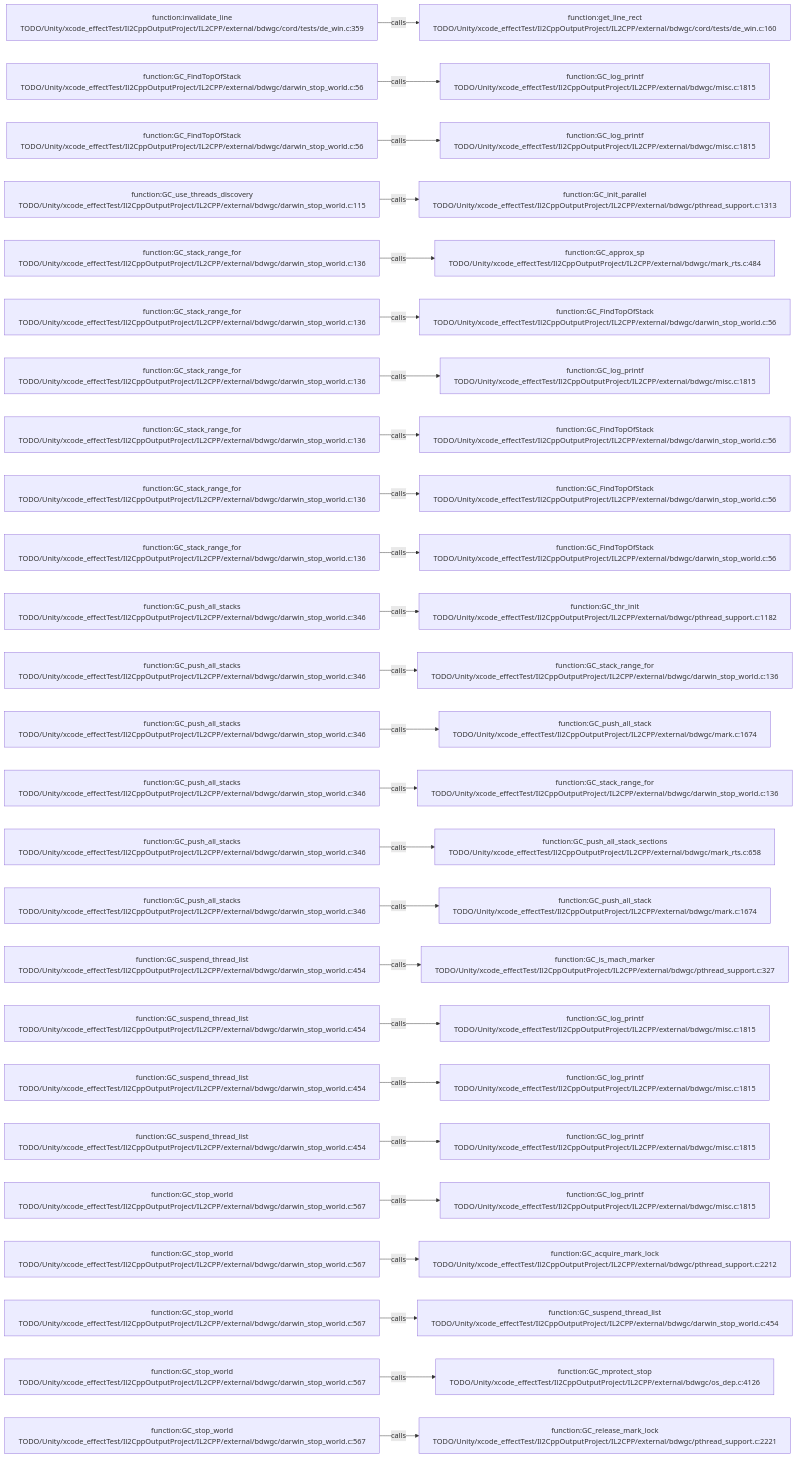
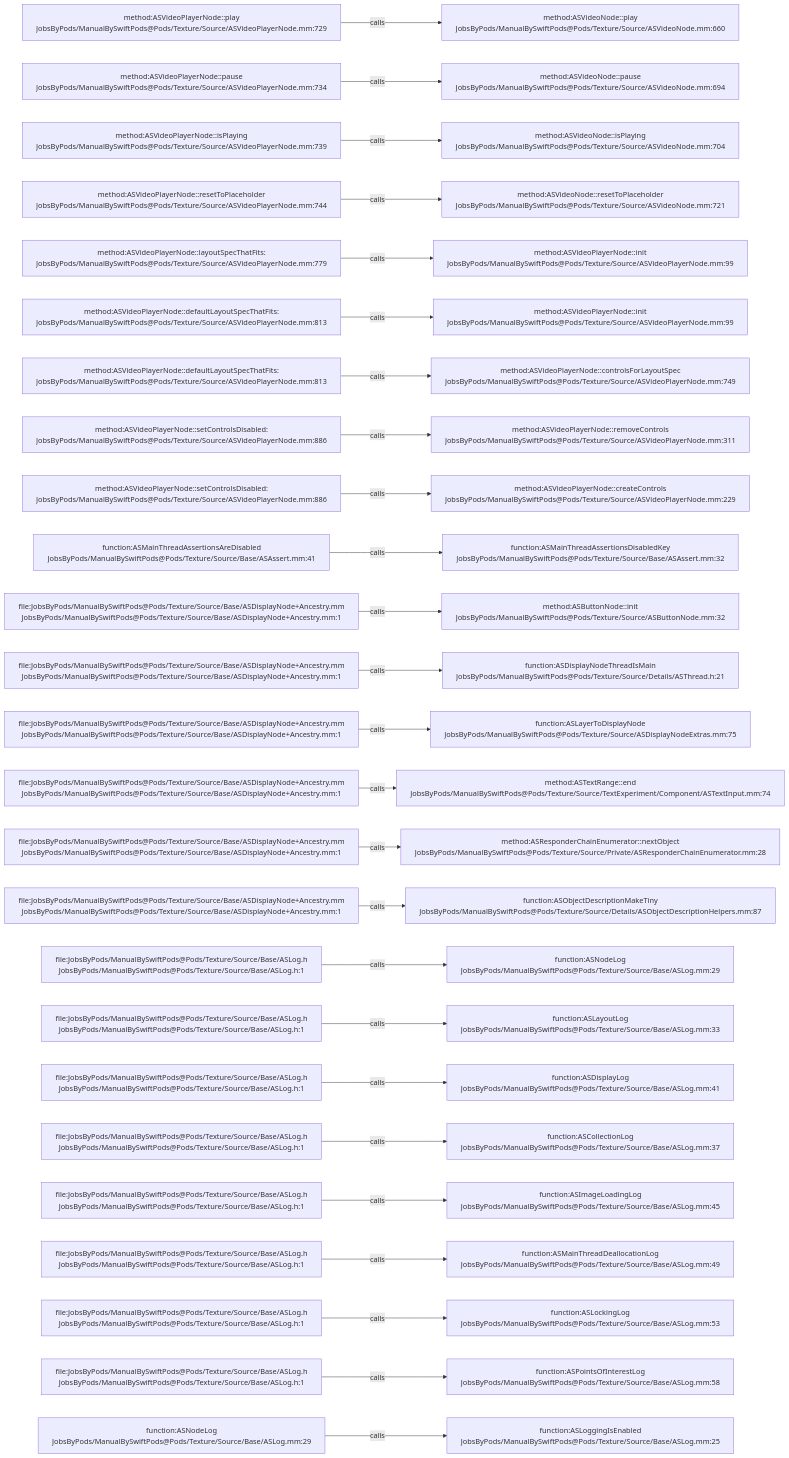
One commit to JobsKits/JobsSwiftBaseConfigDemo changed the diagram in .codegraph/codegraph.md/graphs/calls-097.md. Above: the diagram before and after it, drawn with Mermaid. The commit also changed 2959 other files, not shown here.

````diff
--- a/.codegraph/codegraph.md/graphs/calls-097.md
+++ b/.codegraph/codegraph.md/graphs/calls-097.md
@@ -13,78 +13,78 @@
 ```mermaid
 flowchart LR
-  S1["function:invalidate_line<br/>TODO/Unity/xcode_effectTest/Il2CppOutputProject/IL2CPP/external/bdwgc/cord/tests/de_win.c:359"]
-  T1["function:get_line_rect<br/>TODO/Unity/xcode_effectTest/Il2CppOutputProject/IL2CPP/external/bdwgc/cord/tests/de_win.c:160"]
+  S1["method:ASVideoPlayerNode::play<br/>JobsByPods/ManualBySwiftPods@Pods/Texture/Source/ASVideoPlayerNode.mm:729"]
+  T1["method:ASVideoNode::play<br/>JobsByPods/ManualBySwiftPods@Pods/Texture/Source/ASVideoNode.mm:660"]
   S1 -->|calls| T1
-  S2["function:GC_FindTopOfStack<br/>TODO/Unity/xcode_effectTest/Il2CppOutputProject/IL2CPP/external/bdwgc/darwin_stop_world.c:56"]
-  T2["function:GC_log_printf<br/>TODO/Unity/xcode_effectTest/Il2CppOutputProject/IL2CPP/external/bdwgc/misc.c:1815"]
+  S2["method:ASVideoPlayerNode::pause<br/>JobsByPods/ManualBySwiftPods@Pods/Texture/Source/ASVideoPlayerNode.mm:734"]
+  T2["method:ASVideoNode::pause<br/>JobsByPods/ManualBySwiftPods@Pods/Texture/Source/ASVideoNode.mm:694"]
   S2 -->|calls| T2
-  S3["function:GC_FindTopOfStack<br/>TODO/Unity/xcode_effectTest/Il2CppOutputProject/IL2CPP/external/bdwgc/darwin_stop_world.c:56"]
-  T3["function:GC_log_printf<br/>TODO/Unity/xcode_effectTest/Il2CppOutputProject/IL2CPP/external/bdwgc/misc.c:1815"]
+  S3["method:ASVideoPlayerNode::isPlaying<br/>JobsByPods/ManualBySwiftPods@Pods/Texture/Source/ASVideoPlayerNode.mm:739"]
+  T3["method:ASVideoNode::isPlaying<br/>JobsByPods/ManualBySwiftPods@Pods/Texture/Source/ASVideoNode.mm:704"]
   S3 -->|calls| T3
-  S4["function:GC_use_threads_discovery<br/>TODO/Unity/xcode_effectTest/Il2CppOutputProject/IL2CPP/external/bdwgc/darwin_stop_world.c:115"]
-  T4["function:GC_init_parallel<br/>TODO/Unity/xcode_effectTest/Il2CppOutputProject/IL2CPP/external/bdwgc/pthread_support.c:1313"]
+  S4["method:ASVideoPlayerNode::resetToPlaceholder<br/>JobsByPods/ManualBySwiftPods@Pods/Texture/Source/ASVideoPlayerNode.mm:744"]
+  T4["method:ASVideoNode::resetToPlaceholder<br/>JobsByPods/ManualBySwiftPods@Pods/Texture/Source/ASVideoNode.mm:721"]
   S4 -->|calls| T4
-  S5["function:GC_stack_range_for<br/>TODO/Unity/xcode_effectTest/Il2CppOutputProject/IL2CPP/external/bdwgc/darwin_stop_world.c:136"]
-  T5["function:GC_approx_sp<br/>TODO/Unity/xcode_effectTest/Il2CppOutputProject/IL2CPP/external/bdwgc/mark_rts.c:484"]
+  S5["method:ASVideoPlayerNode::layoutSpecThatFits:<br/>JobsByPods/ManualBySwiftPods@Pods/Texture/Source/ASVideoPlayerNode.mm:779"]
+  T5["method:ASVideoPlayerNode::init<br/>JobsByPods/ManualBySwiftPods@Pods/Texture/Source/ASVideoPlayerNode.mm:99"]
   S5 -->|calls| T5
-  S6["function:GC_stack_range_for<br/>TODO/Unity/xcode_effectTest/Il2CppOutputProject/IL2CPP/external/bdwgc/darwin_stop_world.c:136"]
-  T6["function:GC_FindTopOfStack<br/>TODO/Unity/xcode_effectTest/Il2CppOutputProject/IL2CPP/external/bdwgc/darwin_stop_world.c:56"]
+  S6["method:ASVideoPlayerNode::defaultLayoutSpecThatFits:<br/>JobsByPods/ManualBySwiftPods@Pods/Texture/Source/ASVideoPlayerNode.mm:813"]
+  T6["method:ASVideoPlayerNode::init<br/>JobsByPods/ManualBySwiftPods@Pods/Texture/Source/ASVideoPlayerNode.mm:99"]
   S6 -->|calls| T6
-  S7["function:GC_stack_range_for<br/>TODO/Unity/xcode_effectTest/Il2CppOutputProject/IL2CPP/external/bdwgc/darwin_stop_world.c:136"]
-  T7["function:GC_log_printf<br/>TODO/Unity/xcode_effectTest/Il2CppOutputProject/IL2CPP/external/bdwgc/misc.c:1815"]
+  S7["method:ASVideoPlayerNode::defaultLayoutSpecThatFits:<br/>JobsByPods/ManualBySwiftPods@Pods/Texture/Source/ASVideoPlayerNode.mm:813"]
+  T7["method:ASVideoPlayerNode::controlsForLayoutSpec<br/>JobsByPods/ManualBySwiftPods@Pods/Texture/Source/ASVideoPlayerNode.mm:749"]
   S7 -->|calls| T7
-  S8["function:GC_stack_range_for<br/>TODO/Unity/xcode_effectTest/Il2CppOutputProject/IL2CPP/external/bdwgc/darwin_stop_world.c:136"]
-  T8["function:GC_FindTopOfStack<br/>TODO/Unity/xcode_effectTest/Il2CppOutputProject/IL2CPP/external/bdwgc/darwin_stop_world.c:56"]
+  S8["method:ASVideoPlayerNode::setControlsDisabled:<br/>JobsByPods/ManualBySwiftPods@Pods/Texture/Source/ASVideoPlayerNode.mm:886"]
+  T8["method:ASVideoPlayerNode::removeControls<br/>JobsByPods/ManualBySwiftPods@Pods/Texture/Source/ASVideoPlayerNode.mm:311"]
   S8 -->|calls| T8
-  S9["function:GC_stack_range_for<br/>TODO/Unity/xcode_effectTest/Il2CppOutputProject/IL2CPP/external/bdwgc/darwin_stop_world.c:136"]
-  T9["function:GC_FindTopOfStack<br/>TODO/Unity/xcode_effectTest/Il2CppOutputProject/IL2CPP/external/bdwgc/darwin_stop_world.c:56"]
+  S9["method:ASVideoPlayerNode::setControlsDisabled:<br/>JobsByPods/ManualBySwiftPods@Pods/Texture/Source/ASVideoPlayerNode.mm:886"]
+  T9["method:ASVideoPlayerNode::createControls<br/>JobsByPods/ManualBySwiftPods@Pods/Texture/Source/ASVideoPlayerNode.mm:229"]
   S9 -->|calls| T9
-  S10["function:GC_stack_range_for<br/>TODO/Unity/xcode_effectTest/Il2CppOutputProject/IL2CPP/external/bdwgc/darwin_stop_world.c:136"]
-  T10["function:GC_FindTopOfStack<br/>TODO/Unity/xcode_effectTest/Il2CppOutputProject/IL2CPP/external/bdwgc/darwin_stop_world.c:56"]
+  S10["function:ASMainThreadAssertionsAreDisabled<br/>JobsByPods/ManualBySwiftPods@Pods/Texture/Source/Base/ASAssert.mm:41"]
+  T10["function:ASMainThreadAssertionsDisabledKey<br/>JobsByPods/ManualBySwiftPods@Pods/Texture/Source/Base/ASAssert.mm:32"]
   S10 -->|calls| T10
-  S11["function:GC_push_all_stacks<br/>TODO/Unity/xcode_effectTest/Il2CppOutputProject/IL2CPP/external/bdwgc/darwin_stop_world.c:346"]
-  T11["function:GC_thr_init<br/>TODO/Unity/xcode_effectTest/Il2CppOutputProject/IL2CPP/external/bdwgc/pthread_support.c:1182"]
+  S11["file:JobsByPods/ManualBySwiftPods@Pods/Texture/Source/Base/ASDisplayNode+Ancestry.mm<br/>JobsByPods/ManualBySwiftPods@Pods/Texture/Source/Base/ASDisplayNode+Ancestry.mm:1"]
+  T11["method:ASButtonNode::init<br/>JobsByPods/ManualBySwiftPods@Pods/Texture/Source/ASButtonNode.mm:32"]
   S11 -->|calls| T11
-  S12["function:GC_push_all_stacks<br/>TODO/Unity/xcode_effectTest/Il2CppOutputProject/IL2CPP/external/bdwgc/darwin_stop_world.c:346"]
-  T12["function:GC_stack_range_for<br/>TODO/Unity/xcode_effectTest/Il2CppOutputProject/IL2CPP/external/bdwgc/darwin_stop_world.c:136"]
+  S12["file:JobsByPods/ManualBySwiftPods@Pods/Texture/Source/Base/ASDisplayNode+Ancestry.mm<br/>JobsByPods/ManualBySwiftPods@Pods/Texture/Source/Base/ASDisplayNode+Ancestry.mm:1"]
+  T12["function:ASDisplayNodeThreadIsMain<br/>JobsByPods/ManualBySwiftPods@Pods/Texture/Source/Details/ASThread.h:21"]
   S12 -->|calls| T12
-  S13["function:GC_push_all_stacks<br/>TODO/Unity/xcode_effectTest/Il2CppOutputProject/IL2CPP/external/bdwgc/darwin_stop_world.c:346"]
-  T13["function:GC_push_all_stack<br/>TODO/Unity/xcode_effectTest/Il2CppOutputProject/IL2CPP/external/bdwgc/mark.c:1674"]
+  S13["file:JobsByPods/ManualBySwiftPods@Pods/Texture/Source/Base/ASDisplayNode+Ancestry.mm<br/>JobsByPods/ManualBySwiftPods@Pods/Texture/Source/Base/ASDisplayNode+Ancestry.mm:1"]
+  T13["function:ASLayerToDisplayNode<br/>JobsByPods/ManualBySwiftPods@Pods/Texture/Source/ASDisplayNodeExtras.mm:75"]
   S13 -->|calls| T13
-  S14["function:GC_push_all_stacks<br/>TODO/Unity/xcode_effectTest/Il2CppOutputProject/IL2CPP/external/bdwgc/darwin_stop_world.c:346"]
-  T14["function:GC_stack_range_for<br/>TODO/Unity/xcode_effectTest/Il2CppOutputProject/IL2CPP/external/bdwgc/darwin_stop_world.c:136"]
+  S14["file:JobsByPods/ManualBySwiftPods@Pods/Texture/Source/Base/ASDisplayNode+Ancestry.mm<br/>JobsByPods/ManualBySwiftPods@Pods/Texture/Source/Base/ASDisplayNode+Ancestry.mm:1"]
+  T14["method:ASTextRange::end<br/>JobsByPods/ManualBySwiftPods@Pods/Texture/Source/TextExperiment/Component/ASTextInput.mm:74"]
   S14 -->|calls| T14
-  S15["function:GC_push_all_stacks<br/>TODO/Unity/xcode_effectTest/Il2CppOutputProject/IL2CPP/external/bdwgc/darwin_stop_world.c:346"]
-  T15["function:GC_push_all_stack_sections<br/>TODO/Unity/xcode_effectTest/Il2CppOutputProject/IL2CPP/external/bdwgc/mark_rts.c:658"]
+  S15["file:JobsByPods/ManualBySwiftPods@Pods/Texture/Source/Base/ASDisplayNode+Ancestry.mm<br/>JobsByPods/ManualBySwiftPods@Pods/Texture/Source/Base/ASDisplayNode+Ancestry.mm:1"]
+  T15["method:ASResponderChainEnumerator::nextObject<br/>JobsByPods/ManualBySwiftPods@Pods/Texture/Source/Private/ASResponderChainEnumerator.mm:28"]
   S15 -->|calls| T15
-  S16["function:GC_push_all_stacks<br/>TODO/Unity/xcode_effectTest/Il2CppOutputProject/IL2CPP/external/bdwgc/darwin_stop_world.c:346"]
-  T16["function:GC_push_all_stack<br/>TODO/Unity/xcode_effectTest/Il2CppOutputProject/IL2CPP/external/bdwgc/mark.c:1674"]
+  S16["file:JobsByPods/ManualBySwiftPods@Pods/Texture/Source/Base/ASDisplayNode+Ancestry.mm<br/>JobsByPods/ManualBySwiftPods@Pods/Texture/Source/Base/ASDisplayNode+Ancestry.mm:1"]
+  T16["function:ASObjectDescriptionMakeTiny<br/>JobsByPods/ManualBySwiftPods@Pods/Texture/Source/Details/ASObjectDescriptionHelpers.mm:87"]
   S16 -->|calls| T16
-  S17["function:GC_suspend_thread_list<br/>TODO/Unity/xcode_effectTest/Il2CppOutputProject/IL2CPP/external/bdwgc/darwin_stop_world.c:454"]
-  T17["function:GC_is_mach_marker<br/>TODO/Unity/xcode_effectTest/Il2CppOutputProject/IL2CPP/external/bdwgc/pthread_support.c:327"]
+  S17["file:JobsByPods/ManualBySwiftPods@Pods/Texture/Source/Base/ASLog.h<br/>JobsByPods/ManualBySwiftPods@Pods/Texture/Source/Base/ASLog.h:1"]
+  T17["function:ASNodeLog<br/>JobsByPods/ManualBySwiftPods@Pods/Texture/Source/Base/ASLog.mm:29"]
   S17 -->|calls| T17
-  S18["function:GC_suspend_thread_list<br/>TODO/Unity/xcode_effectTest/Il2CppOutputProject/IL2CPP/external/bdwgc/darwin_stop_world.c:454"]
-  T18["function:GC_log_printf<br/>TODO/Unity/xcode_effectTest/Il2CppOutputProject/IL2CPP/external/bdwgc/misc.c:1815"]
+  S18["file:JobsByPods/ManualBySwiftPods@Pods/Texture/Source/Base/ASLog.h<br/>JobsByPods/ManualBySwiftPods@Pods/Texture/Source/Base/ASLog.h:1"]
+  T18["function:ASLayoutLog<br/>JobsByPods/ManualBySwiftPods@Pods/Texture/Source/Base/ASLog.mm:33"]
   S18 -->|calls| T18
-  S19["function:GC_suspend_thread_list<br/>TODO/Unity/xcode_effectTest/Il2CppOutputProject/IL2CPP/external/bdwgc/darwin_stop_world.c:454"]
-  T19["function:GC_log_printf<br/>TODO/Unity/xcode_effectTest/Il2CppOutputProject/IL2CPP/external/bdwgc/misc.c:1815"]
+  S19["file:JobsByPods/ManualBySwiftPods@Pods/Texture/Source/Base/ASLog.h<br/>JobsByPods/ManualBySwiftPods@Pods/Texture/Source/Base/ASLog.h:1"]
+  T19["function:ASDisplayLog<br/>JobsByPods/ManualBySwiftPods@Pods/Texture/Source/Base/ASLog.mm:41"]
   S19 -->|calls| T19
-  S20["function:GC_suspend_thread_list<br/>TODO/Unity/xcode_effectTest/Il2CppOutputProject/IL2CPP/external/bdwgc/darwin_stop_world.c:454"]
-  T20["function:GC_log_printf<br/>TODO/Unity/xcode_effectTest/Il2CppOutputProject/IL2CPP/external/bdwgc/misc.c:1815"]
+  S20["file:JobsByPods/ManualBySwiftPods@Pods/Texture/Source/Base/ASLog.h<br/>JobsByPods/ManualBySwiftPods@Pods/Texture/Source/Base/ASLog.h:1"]
+  T20["function:ASCollectionLog<br/>JobsByPods/ManualBySwiftPods@Pods/Texture/Source/Base/ASLog.mm:37"]
   S20 -->|calls| T20
-  S21["function:GC_stop_world<br/>TODO/Unity/xcode_effectTest/Il2CppOutputProject/IL2CPP/external/bdwgc/darwin_stop_world.c:567"]
-  T21["function:GC_log_printf<br/>TODO/Unity/xcode_effectTest/Il2CppOutputProject/IL2CPP/external/bdwgc/misc.c:1815"]
+  S21["file:JobsByPods/ManualBySwiftPods@Pods/Texture/Source/Base/ASLog.h<br/>JobsByPods/ManualBySwiftPods@Pods/Texture/Source/Base/ASLog.h:1"]
+  T21["function:ASImageLoadingLog<br/>JobsByPods/ManualBySwiftPods@Pods/Texture/Source/Base/ASLog.mm:45"]
   S21 -->|calls| T21
-  S22["function:GC_stop_world<br/>TODO/Unity/xcode_effectTest/Il2CppOutputProject/IL2CPP/external/bdwgc/darwin_stop_world.c:567"]
-  T22["function:GC_acquire_mark_lock<br/>TODO/Unity/xcode_effectTest/Il2CppOutputProject/IL2CPP/external/bdwgc/pthread_support.c:2212"]
+  S22["file:JobsByPods/ManualBySwiftPods@Pods/Texture/Source/Base/ASLog.h<br/>JobsByPods/ManualBySwiftPods@Pods/Texture/Source/Base/ASLog.h:1"]
+  T22["function:ASMainThreadDeallocationLog<br/>JobsByPods/ManualBySwiftPods@Pods/Texture/Source/Base/ASLog.mm:49"]
   S22 -->|calls| T22
-  S23["function:GC_stop_world<br/>TODO/Unity/xcode_effectTest/Il2CppOutputProject/IL2CPP/external/bdwgc/darwin_stop_world.c:567"]
-  T23["function:GC_suspend_thread_list<br/>TODO/Unity/xcode_effectTest/Il2CppOutputProject/IL2CPP/external/bdwgc/darwin_stop_world.c:454"]
+  S23["file:JobsByPods/ManualBySwiftPods@Pods/Texture/Source/Base/ASLog.h<br/>JobsByPods/ManualBySwiftPods@Pods/Texture/Source/Base/ASLog.h:1"]
+  T23["function:ASLockingLog<br/>JobsByPods/ManualBySwiftPods@Pods/Texture/Source/Base/ASLog.mm:53"]
   S23 -->|calls| T23
-  S24["function:GC_stop_world<br/>TODO/Unity/xcode_effectTest/Il2CppOutputProject/IL2CPP/external/bdwgc/darwin_stop_world.c:567"]
-  T24["function:GC_mprotect_stop<br/>TODO/Unity/xcode_effectTest/Il2CppOutputProject/IL2CPP/external/bdwgc/os_dep.c:4126"]
+  S24["file:JobsByPods/ManualBySwiftPods@Pods/Texture/Source/Base/ASLog.h<br/>JobsByPods/ManualBySwiftPods@Pods/Texture/Source/Base/ASLog.h:1"]
+  T24["function:ASPointsOfInterestLog<br/>JobsByPods/ManualBySwiftPods@Pods/Texture/Source/Base/ASLog.mm:58"]
   S24 -->|calls| T24
-  S25["function:GC_stop_world<br/>TODO/Unity/xcode_effectTest/Il2CppOutputProject/IL2CPP/external/bdwgc/darwin_stop_world.c:567"]
-  T25["function:GC_release_mark_lock<br/>TODO/Unity/xcode_effectTest/Il2CppOutputProject/IL2CPP/external/bdwgc/pthread_support.c:2221"]
+  S25["function:ASNodeLog<br/>JobsByPods/ManualBySwiftPods@Pods/Texture/Source/Base/ASLog.mm:29"]
+  T25["function:ASLoggingIsEnabled<br/>JobsByPods/ManualBySwiftPods@Pods/Texture/Source/Base/ASLog.mm:25"]
   S25 -->|calls| T25
 ```
````
